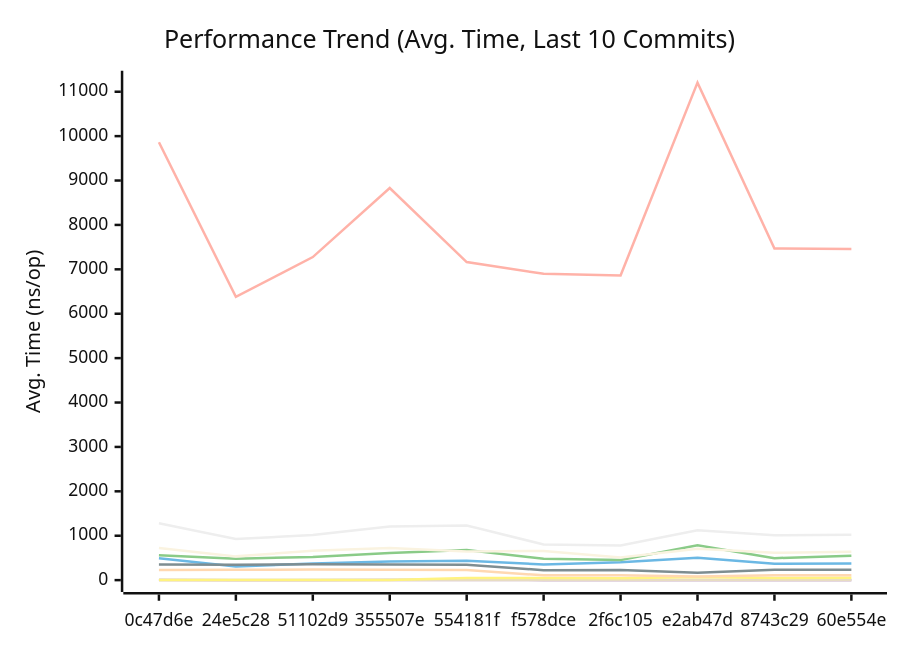
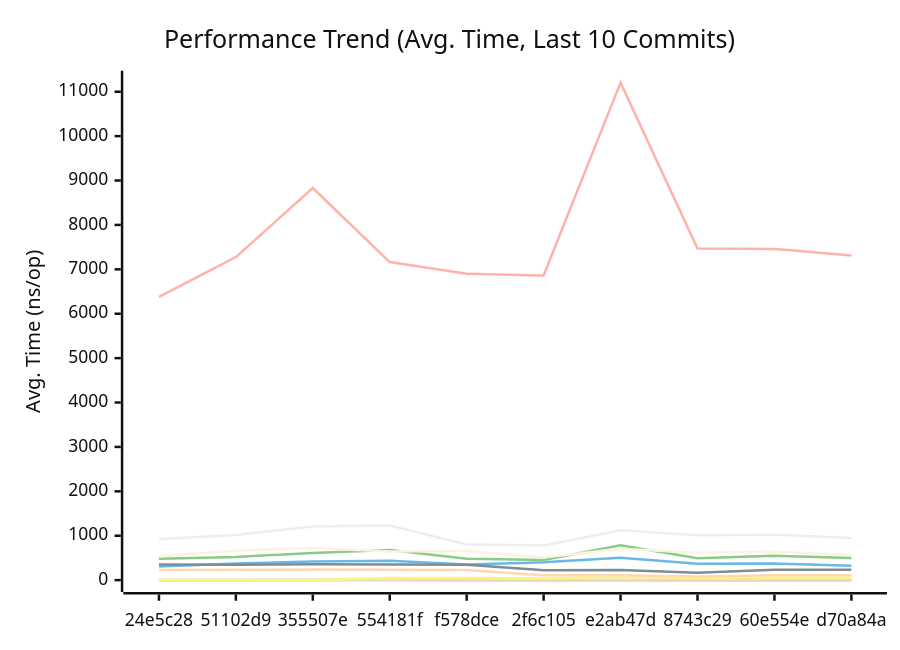
Before and after one commit to alsotoes/momo: the first of 3 diagrams in docs/PERFORMANCE.md, drawn with Mermaid (neutral theme). The commit also changed other lines of this file and 3 other files, not shown here.

````diff
--- a/docs/PERFORMANCE.md
+++ b/docs/PERFORMANCE.md
@@ -128,18 +128,18 @@
 ```mermaid
 xychart-beta
     title "Performance Trend (Avg. Time, Last 10 Commits)"
     x-axis "Commit"
     y-axis "Avg. Time (ns/op)"
-    x-axis [0c47d6e,24e5c28,51102d9,355507e,554181f,f578dce,2f6c105,e2ab47d,8743c29,60e554e]
-    line "CheckMetricsAndSwap" [13,9,12,13,13,10,9,11,10,9]
-    line "CrushOptimized" [494,306,375,422,435,352,402,502,370,372]
-    line "CrushOriginal" [560,480,523,612,676,481,456,783,495,550]
-    line "IndexDirectTracking" [1,0,0,1,1,0,0,0,0,0]
-    line "IndexSearch" [4,3,4,3,4,3,3,3,3,3]
-    line "LoadGlobalConfig" [9861,6379,7276,8830,7163,6898,6860,11205,7469,7459]
-    line "PadString" [3,3,2,3,48,47,43,69,49,51]
+    x-axis [24e5c28,51102d9,355507e,554181f,f578dce,2f6c105,e2ab47d,8743c29,60e554e,d70a84a]
+    line "CheckMetricsAndSwap" [9,12,13,13,10,9,11,10,9,10]
+    line "CrushOptimized" [306,375,422,435,352,402,502,370,372,323]
+    line "CrushOriginal" [480,523,612,676,481,456,783,495,550,499]
+    line "IndexDirectTracking" [0,0,1,1,0,0,0,0,0,0]
+    line "IndexSearch" [3,4,3,4,3,3,3,3,3,4]
+    line "LoadGlobalConfig" [6379,7276,8830,7163,6898,6860,11205,7469,7459,7314]
+    line "PadString" [3,2,3,48,47,43,69,49,51,51]
     line "ParseReplicationOrder_NoPrealloc" [350,349,357,354,345,225,229,165,232,234]
     line "ParseReplicationOrder_Prealloc" [229,231,237,234,229,108,107,80,110,109]
-    line "SanitizeLog/Safe" [725,535,663,724,642,658,507,704,615,640]
-    line "SanitizeLog/Unsafe" [1279,926,1017,1209,1232,802,779,1122,1010,1023]
+    line "SanitizeLog/Safe" [535,663,724,642,658,507,704,615,640,566]
+    line "SanitizeLog/Unsafe" [926,1017,1209,1232,802,779,1122,1010,1023,951]
 ```
````
